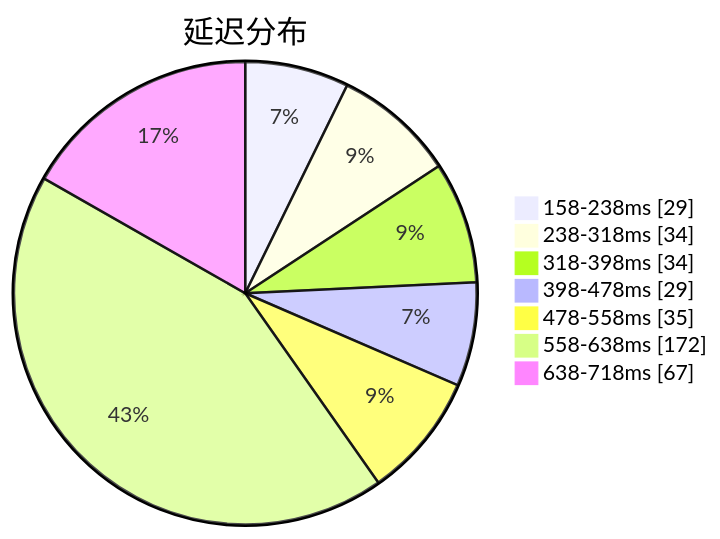
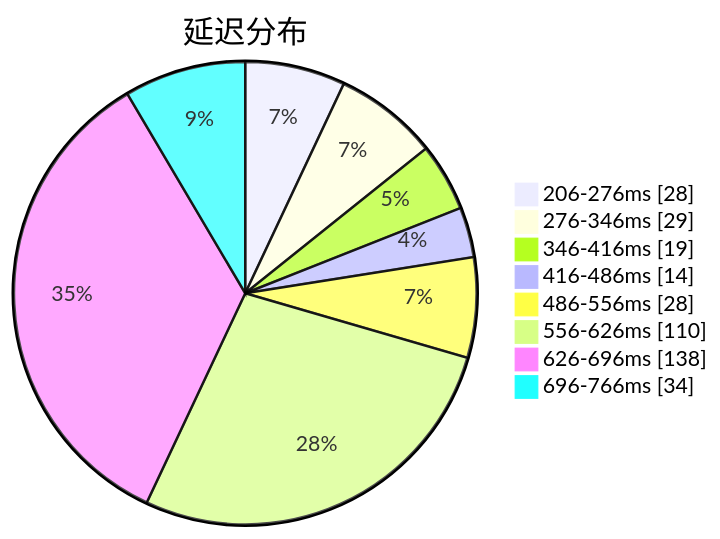
The first of 3 diagrams in subs/statistics/tested_within.md (qjlxg/airport), drawn with Mermaid before and after one commit. The commit also changed other lines of this file and 2 other files, not shown here.

Commit message:
Tested by metaST

````diff
--- a/subs/statistics/tested_within.md
+++ b/subs/statistics/tested_within.md
@@ -2,11 +2,12 @@
 ```mermaid
 pie showData
 title 延迟分布
-"158-238ms" : 29
-"238-318ms" : 34
-"318-398ms" : 34
-"398-478ms" : 29
-"478-558ms" : 35
-"558-638ms" : 172
-"638-718ms" : 67
+"206-276ms" : 28
+"276-346ms" : 29
+"346-416ms" : 19
+"416-486ms" : 14
+"486-556ms" : 28
+"556-626ms" : 110
+"626-696ms" : 138
+"696-766ms" : 34
 ```
````
